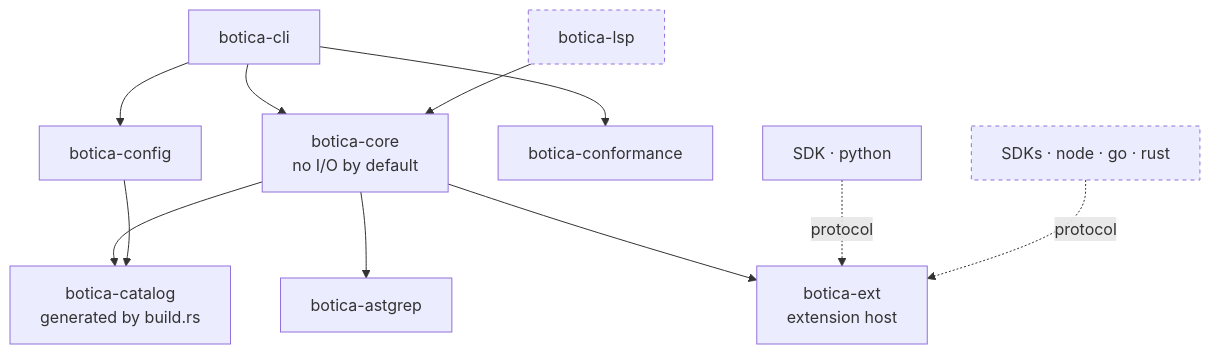
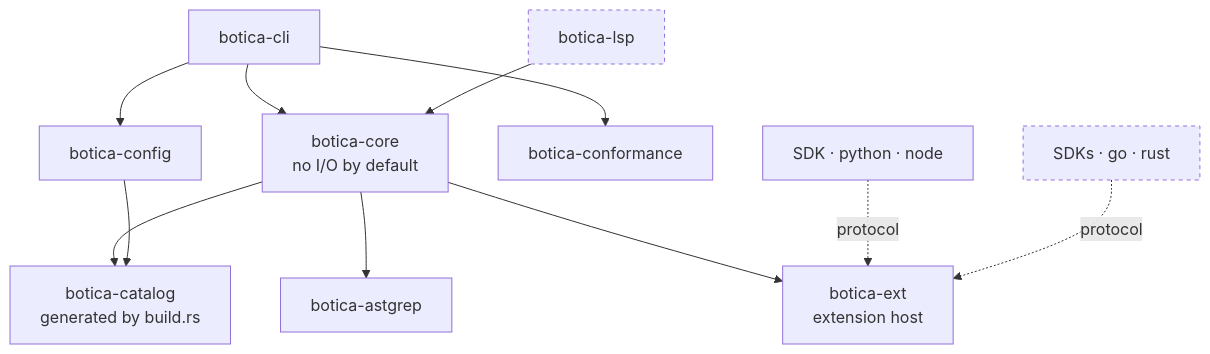
Before and after one commit to collectiveai-team/botica: the second of 2 diagrams in docs/adr/0003-botica-lint-architecture.md, drawn with Mermaid. The commit also changed other lines of this file and 6 other files, not shown here.

Commit message:
feat(lint): add the TypeScript SDK @botica/sdk in lint/sdk/node for extension rules in Node

````diff
--- a/docs/adr/0003-botica-lint-architecture.md
+++ b/docs/adr/0003-botica-lint-architecture.md
@@ -44,14 +44,14 @@
 ```mermaid
 flowchart TD
   cli[botica-cli] --> core
   cli --> config[botica-config]
   cli --> conformance[botica-conformance]
   lsp[botica-lsp]:::planned --> core
   core[botica-core<br/>no I/O by default] --> catalog[botica-catalog<br/>generated by build.rs]
   config --> catalog
   core --> astgrep[botica-astgrep]
   core --> ext[botica-ext<br/>extension host]
-  sdk[SDK · python] -. protocol .-> ext
-  sdks[SDKs · node · go · rust]:::planned -. protocol .-> ext
+  sdk[SDK · python · node] -. protocol .-> ext
+  sdks[SDKs · go · rust]:::planned -. protocol .-> ext
   classDef planned stroke-dasharray: 4 4
 ```
````
